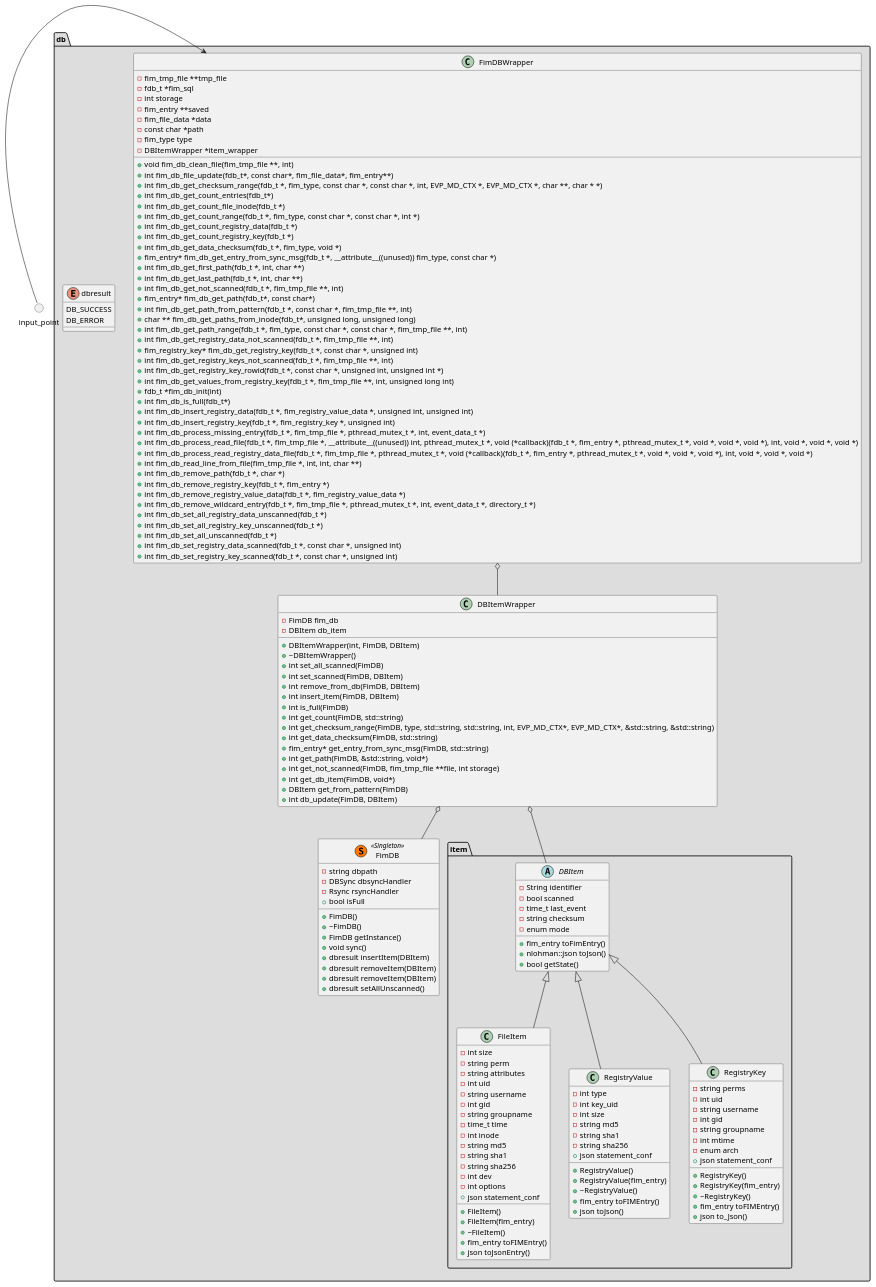
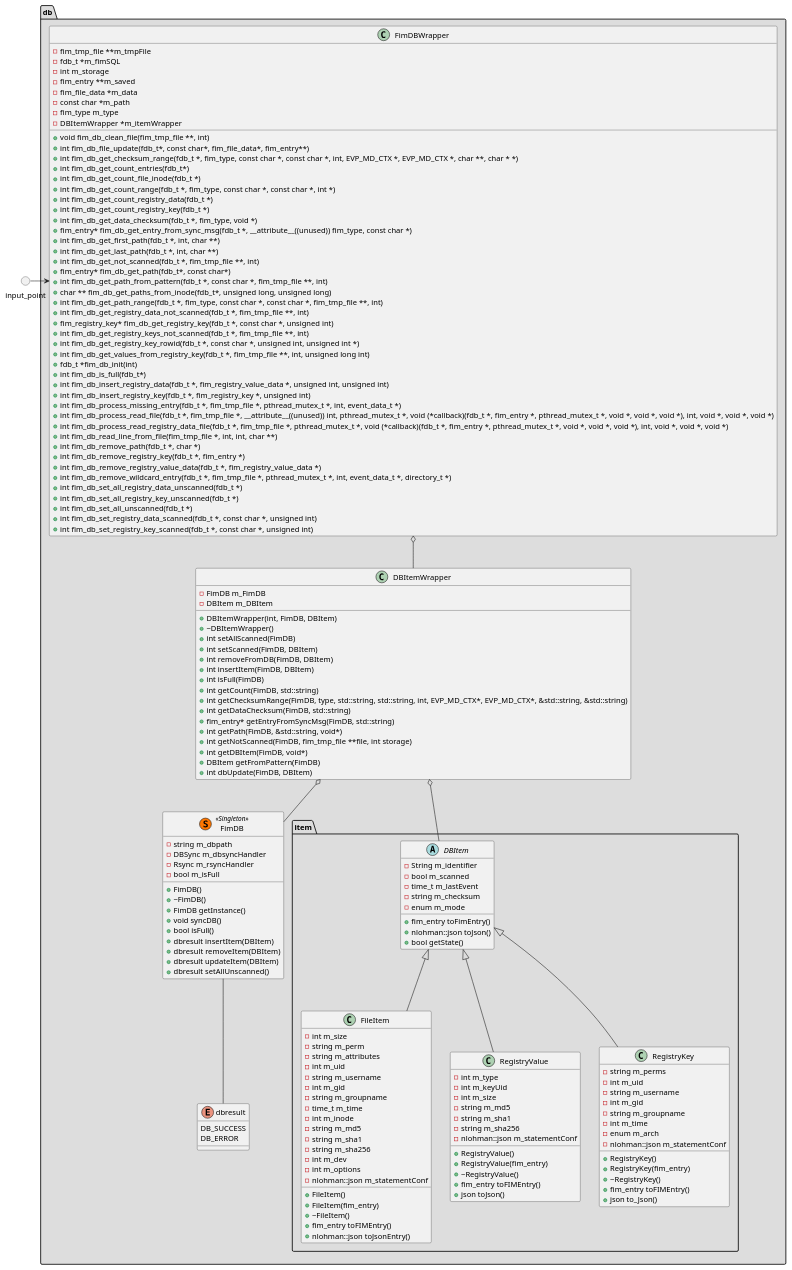
Before and after one commit to wazuh/wazuh-agent: the diagram in architecture/FIM/db/class.puml, drawn with PlantUML. The commit also changed 1 other file, not shown here.

Commit message:
Add sequence diagram and modify class diagram for FIM

```diff
--- a/architecture/FIM/db/class.puml
+++ b/architecture/FIM/db/class.puml
@@ -1,166 +1,173 @@
 @startuml db_class
 package "db" <<Folder>> #DDDDDD{
     enum "dbresult" {
         DB_SUCCESS
         DB_ERROR
     }
     package "item" <<Folder>> {
         abstract DBItem {
-            - String identifier
-            - bool scanned
-            - time_t last_event
-            - string checksum
-            - enum mode
+            - String m_identifier
+            - bool m_scanned
+            - time_t m_lastEvent
+            - string m_checksum
+            - enum m_mode
+
             + fim_entry toFimEntry()
             + nlohman::json toJson()
             + bool getState()
         }
 
         class FileItem {
-            - int size
-            - string perm
-            - string attributes
-            - int uid
-            - string username
-            - int gid
-            - string groupname
-            - time_t time
-            - int inode
-            - string md5
-            - string sha1
-            - string sha256
-            - int dev
-            - int options
-            + json statement_conf
+            - int m_size
+            - string m_perm
+            - string m_attributes
+            - int m_uid
+            - string m_username
+            - int m_gid
+            - string m_groupname
+            - time_t m_time
+            - int m_inode
+            - string m_md5
+            - string m_sha1
+            - string m_sha256
+            - int m_dev
+            - int m_options
+            - nlohman::json m_statementConf
+
             + FileItem()
             + FileItem(fim_entry)
             + ~FileItem()
             + fim_entry toFIMEntry()
-            + json toJsonEntry()
+            + nlohman::json toJsonEntry()
         }
         class "RegistryValue" {
-            - int type
-            - int key_uid
-            - int size
-            - string md5
-            - string sha1
-            - string sha256
-            + json statement_conf
+            - int m_type
+            - int m_keyUid
+            - int m_size
+            - string m_md5
+            - string m_sha1
+            - string m_sha256
+            - nlohman::json m_statementConf
+
             + RegistryValue()
             + RegistryValue(fim_entry)
             + ~RegistryValue()
             + fim_entry toFIMEntry()
             + json toJson()
         }
         class "RegistryKey" {
-            - string perms
-            - int uid
-            - string username
-            - int gid
-            - string groupname
-            - int mtime
-            - enum arch
-            + json statement_conf
+            - string m_perms
+            - int m_uid
+            - string m_username
+            - int m_gid
+            - string m_groupname
+            - int m_time
+            - enum m_arch
+            - nlohman::json m_statementConf
+
             + RegistryKey()
             + RegistryKey(fim_entry)
             + ~RegistryKey()
             + fim_entry toFIMEntry()
             + json to_Json()
         }
     }
     class "FimDB"  <<(S,#FF7700) Singleton>> {
-        - string dbpath
-        - DBSync dbsyncHandler
-        - Rsync rsyncHandler
+        - string m_dbpath
+        - DBSync m_dbsyncHandler
+        - Rsync m_rsyncHandler
+        - bool m_isFull
+
         + FimDB()
         + ~FimDB()
         + FimDB getInstance()
-        + void sync()
-        + bool isFull
+        + void syncDB()
+        + bool isFull()
         + dbresult insertItem(DBItem)
         + dbresult removeItem(DBItem)
-        + dbresult removeItem(DBItem)
+        + dbresult updateItem(DBItem)
         + dbresult setAllUnscanned()
     }
     class FimDBWrapper {
-        - fim_tmp_file **tmp_file
-        - fdb_t *fim_sql
-        - int storage
-        - fim_entry **saved
-        - fim_file_data *data
-        - const char *path
-        - fim_type type
-        - DBItemWrapper *item_wrapper
+        - fim_tmp_file **m_tmpFile
+        - fdb_t *m_fimSQL
+        - int m_storage
+        - fim_entry **m_saved
+        - fim_file_data *m_data
+        - const char *m_path
+        - fim_type m_type
+        - DBItemWrapper *m_itemWrapper
 
         + void fim_db_clean_file(fim_tmp_file **, int)
         + int fim_db_file_update(fdb_t*, const char*, fim_file_data*, fim_entry**)
         + int fim_db_get_checksum_range(fdb_t *, fim_type, const char *, const char *, int, EVP_MD_CTX *, EVP_MD_CTX *, char **, char * *)
         + int fim_db_get_count_entries(fdb_t*)
         + int fim_db_get_count_file_inode(fdb_t *)
         + int fim_db_get_count_range(fdb_t *, fim_type, const char *, const char *, int *)
         + int fim_db_get_count_registry_data(fdb_t *)
         + int fim_db_get_count_registry_key(fdb_t *)
         + int fim_db_get_data_checksum(fdb_t *, fim_type, void *)
         + fim_entry* fim_db_get_entry_from_sync_msg(fdb_t *, __attribute__((unused)) fim_type, const char *)
         + int fim_db_get_first_path(fdb_t *, int, char **)
         + int fim_db_get_last_path(fdb_t *, int, char **)
         + int fim_db_get_not_scanned(fdb_t *, fim_tmp_file **, int)
         + fim_entry* fim_db_get_path(fdb_t*, const char*)
         + int fim_db_get_path_from_pattern(fdb_t *, const char *, fim_tmp_file **, int)
         + char ** fim_db_get_paths_from_inode(fdb_t*, unsigned long, unsigned long)
         + int fim_db_get_path_range(fdb_t *, fim_type, const char *, const char *, fim_tmp_file **, int)
         + int fim_db_get_registry_data_not_scanned(fdb_t *, fim_tmp_file **, int)
         + fim_registry_key* fim_db_get_registry_key(fdb_t *, const char *, unsigned int)
         + int fim_db_get_registry_keys_not_scanned(fdb_t *, fim_tmp_file **, int)
         + int fim_db_get_registry_key_rowid(fdb_t *, const char *, unsigned int, unsigned int *)
         + int fim_db_get_values_from_registry_key(fdb_t *, fim_tmp_file **, int, unsigned long int)
         + fdb_t *fim_db_init(int)
         + int fim_db_is_full(fdb_t*)
         + int fim_db_insert_registry_data(fdb_t *, fim_registry_value_data *, unsigned int, unsigned int)
         + int fim_db_insert_registry_key(fdb_t *, fim_registry_key *, unsigned int)
         + int fim_db_process_missing_entry(fdb_t *, fim_tmp_file *, pthread_mutex_t *, int, event_data_t *)
         + int fim_db_process_read_file(fdb_t *, fim_tmp_file *, __attribute__((unused)) int, pthread_mutex_t *, void (*callback)(fdb_t *, fim_entry *, pthread_mutex_t *, void *, void *, void *), int, void *, void *, void *)
         + int fim_db_process_read_registry_data_file(fdb_t *, fim_tmp_file *, pthread_mutex_t *, void (*callback)(fdb_t *, fim_entry *, pthread_mutex_t *, void *, void *, void *), int, void *, void *, void *)
         + int fim_db_read_line_from_file(fim_tmp_file *, int, int, char **)
         + int fim_db_remove_path(fdb_t *, char *)
         + int fim_db_remove_registry_key(fdb_t *, fim_entry *)
         + int fim_db_remove_registry_value_data(fdb_t *, fim_registry_value_data *)
         + int fim_db_remove_wildcard_entry(fdb_t *, fim_tmp_file *, pthread_mutex_t *, int, event_data_t *, directory_t *)
         + int fim_db_set_all_registry_data_unscanned(fdb_t *)
         + int fim_db_set_all_registry_key_unscanned(fdb_t *)
         + int fim_db_set_all_unscanned(fdb_t *)
         + int fim_db_set_registry_data_scanned(fdb_t *, const char *, unsigned int)
         + int fim_db_set_registry_key_scanned(fdb_t *, const char *, unsigned int)
     }
     class DBItemWrapper {
-        - FimDB fim_db
-        - DBItem db_item
+        - FimDB m_FimDB
+        - DBItem m_DBItem
 
         + DBItemWrapper(int, FimDB, DBItem)
         + ~DBItemWrapper()
-        + int set_all_scanned(FimDB)
-        + int set_scanned(FimDB, DBItem)
-        + int remove_from_db(FimDB, DBItem)
-        + int insert_item(FimDB, DBItem)
-        + int is_full(FimDB)
-        + int get_count(FimDB, std::string)
-        + int get_checksum_range(FimDB, type, std::string, std::string, int, EVP_MD_CTX*, EVP_MD_CTX*, &std::string, &std::string)
-        + int get_data_checksum(FimDB, std::string)
-        + fim_entry* get_entry_from_sync_msg(FimDB, std::string)
-        + int get_path(FimDB, &std::string, void*)
-        + int get_not_scanned(FimDB, fim_tmp_file **file, int storage)
-        + int get_db_item(FimDB, void*)
-        + DBItem get_from_pattern(FimDB)
-        + int db_update(FimDB, DBItem)
+        + int setAllScanned(FimDB)
+        + int setScanned(FimDB, DBItem)
+        + int removeFromDB(FimDB, DBItem)
+        + int insertItem(FimDB, DBItem)
+        + int isFull(FimDB)
+        + int getCount(FimDB, std::string)
+        + int getChecksumRange(FimDB, type, std::string, std::string, int, EVP_MD_CTX*, EVP_MD_CTX*, &std::string, &std::string)
+        + int getDataChecksum(FimDB, std::string)
+        + fim_entry* getEntryFromSyncMsg(FimDB, std::string)
+        + int getPath(FimDB, &std::string, void*)
+        + int getNotScanned(FimDB, fim_tmp_file **file, int storage)
+        + int getDBItem(FimDB, void*)
+        + DBItem getFromPattern(FimDB)
+        + int dbUpdate(FimDB, DBItem)
     }
 }
 circle input_point
 
 DBItem <|-- FileItem
 DBItem <|-- RegistryValue
 DBItem <|-- RegistryKey
 FimDBWrapper  o-- DBItemWrapper
 DBItemWrapper  o-- DBItem
 DBItemWrapper  o-- FimDB
+FimDB -- dbresult
 input_point => FimDBWrapper
 @enduml
```
